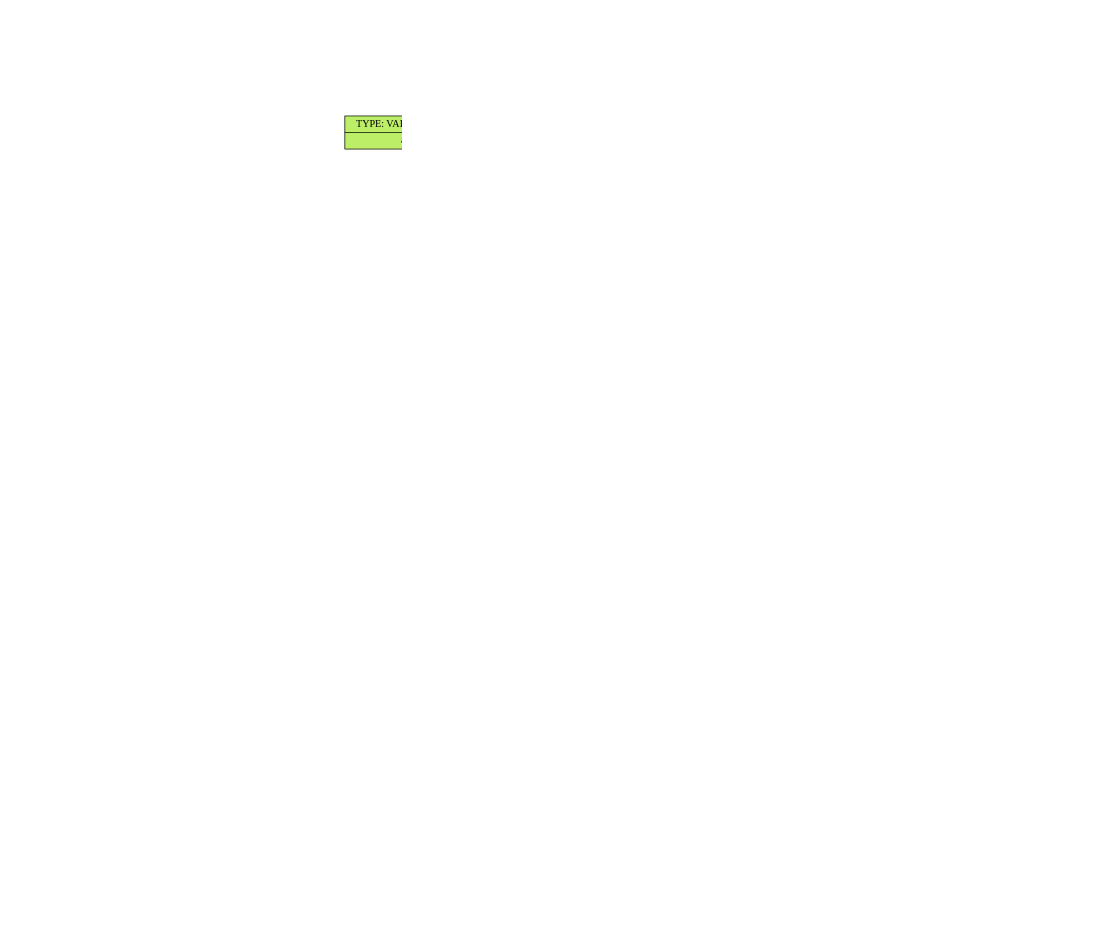
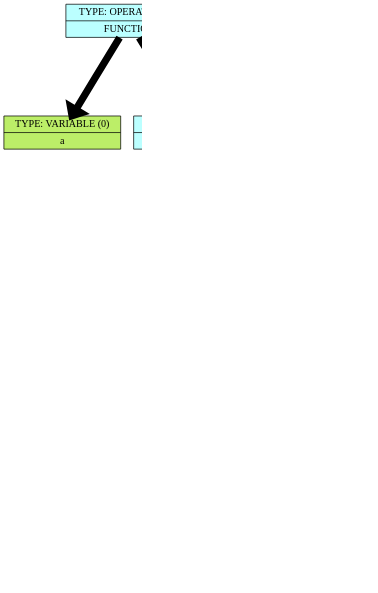
One commit to Troll0ton/Trollanguage changed the diagram in backend/dump/list_graph.dot. Above: the diagram before and after it, drawn with Graphviz. The commit also changed 83 other files, not shown here.

```diff
--- a/backend/dump/list_graph.dot
+++ b/backend/dump/list_graph.dot
@@ -1,89 +1,35 @@
 digraph structs {    
 rankdir = TB;        
 graph [dpi = 200];   
 ranksep = 1.5;       
 edge[penwidth = 10]; 
 cell0 [style = filled, color = black, shape=record, 
 fillcolor = paleturquoise1, label = " { <ptr> TYPE: OPERATION (0) | FUNCTION} " ];                         
 cell1 [style = filled, color = black, shape=record, 
 fillcolor = darkolivegreen2, label = " { <ptr> TYPE: VARIABLE (0) | a} " ];                         
 cell2 [style = filled, color = black, shape=record, 
 fillcolor = paleturquoise1, label = " { <ptr> TYPE: OPERATION (0) | BODY} " ];                         
 cell3 [style = filled, color = black, shape=record, 
 fillcolor = paleturquoise1, label = " { <ptr> TYPE: OPERATION (0) | STATEMENT} " ];                         
 cell4 [style = filled, color = black, shape=record, 
-fillcolor = paleturquoise1, label = " { <ptr> TYPE: OPERATION (0) | STATEMENT} " ];                         
+fillcolor = paleturquoise1, label = " { <ptr> TYPE: OPERATION (0) | scan} " ];                         
 cell5 [style = filled, color = black, shape=record, 
-fillcolor = paleturquoise1, label = " { <ptr> TYPE: OPERATION (0) | STATEMENT} " ];                         
+fillcolor = darkolivegreen2, label = " { <ptr> TYPE: VARIABLE (0) | a} " ];                         
 cell6 [style = filled, color = black, shape=record, 
-fillcolor = paleturquoise1, label = " { <ptr> TYPE: OPERATION (0) | scan} " ];                         
+fillcolor = paleturquoise1, label = " { <ptr> TYPE: OPERATION (0) | out} " ];                         
 cell7 [style = filled, color = black, shape=record, 
+fillcolor = paleturquoise1, label = " { <ptr> TYPE: OPERATION (0) | add} " ];                         
+cell8 [style = filled, color = black, shape=record, 
 fillcolor = darkolivegreen2, label = " { <ptr> TYPE: VARIABLE (0) | a} " ];                         
-cell8 [style = filled, color = black, shape=record, 
-fillcolor = paleturquoise1, label = " { <ptr> TYPE: OPERATION (0) | ASSIGNMENT} " ];                         
 cell9 [style = filled, color = black, shape=record, 
-fillcolor = darkolivegreen2, label = " { <ptr> TYPE: VARIABLE (0) | b} " ];                         
-cell10 [style = filled, color = black, shape=record, 
-fillcolor = coral2, label = " { <ptr> TYPE: NUMERIC (0) | 1} " ];                         
-cell11 [style = filled, color = black, shape=record, 
-fillcolor = paleturquoise1, label = " { <ptr> TYPE: OPERATION (0) | WHILE} " ];                         
-cell12 [style = filled, color = black, shape=record, 
-fillcolor = paleturquoise1, label = " { <ptr> TYPE: OPERATION (0) | OVER} " ];                         
-cell13 [style = filled, color = black, shape=record, 
-fillcolor = darkolivegreen2, label = " { <ptr> TYPE: VARIABLE (0) | a} " ];                         
-cell14 [style = filled, color = black, shape=record, 
-fillcolor = coral2, label = " { <ptr> TYPE: NUMERIC (0) | 0} " ];                         
-cell15 [style = filled, color = black, shape=record, 
-fillcolor = paleturquoise1, label = " { <ptr> TYPE: OPERATION (0) | STATEMENT} " ];                         
-cell16 [style = filled, color = black, shape=record, 
-fillcolor = paleturquoise1, label = " { <ptr> TYPE: OPERATION (0) | ASSIGNMENT} " ];                         
-cell17 [style = filled, color = black, shape=record, 
-fillcolor = darkolivegreen2, label = " { <ptr> TYPE: VARIABLE (0) | b} " ];                         
-cell18 [style = filled, color = black, shape=record, 
-fillcolor = paleturquoise1, label = " { <ptr> TYPE: OPERATION (0) | mul} " ];                         
-cell19 [style = filled, color = black, shape=record, 
-fillcolor = darkolivegreen2, label = " { <ptr> TYPE: VARIABLE (0) | b} " ];                         
-cell20 [style = filled, color = black, shape=record, 
-fillcolor = darkolivegreen2, label = " { <ptr> TYPE: VARIABLE (0) | a} " ];                         
-cell21 [style = filled, color = black, shape=record, 
-fillcolor = paleturquoise1, label = " { <ptr> TYPE: OPERATION (0) | ASSIGNMENT} " ];                         
-cell22 [style = filled, color = black, shape=record, 
-fillcolor = darkolivegreen2, label = " { <ptr> TYPE: VARIABLE (0) | a} " ];                         
-cell23 [style = filled, color = black, shape=record, 
-fillcolor = paleturquoise1, label = " { <ptr> TYPE: OPERATION (0) | sub} " ];                         
-cell24 [style = filled, color = black, shape=record, 
-fillcolor = darkolivegreen2, label = " { <ptr> TYPE: VARIABLE (0) | a} " ];                         
-cell25 [style = filled, color = black, shape=record, 
-fillcolor = coral2, label = " { <ptr> TYPE: NUMERIC (0) | 1} " ];                         
-cell26 [style = filled, color = black, shape=record, 
-fillcolor = paleturquoise1, label = " { <ptr> TYPE: OPERATION (0) | out} " ];                         
-cell27 [style = filled, color = black, shape=record, 
-fillcolor = darkolivegreen2, label = " { <ptr> TYPE: VARIABLE (0) | b} " ];                         
+fillcolor = coral2, label = " { <ptr> TYPE: NUMERIC (0) | 180} " ];                         
 cell0 -> cell1;
 cell0 -> cell2;
 cell2 -> cell3;
 cell3 -> cell4;
 cell4 -> cell5;
-cell5 -> cell6;
+cell3 -> cell6;
 cell6 -> cell7;
-cell5 -> cell8;
-cell8 -> cell9;
-cell8 -> cell10;
-cell4 -> cell11;
-cell11 -> cell12;
-cell12 -> cell13;
-cell12 -> cell14;
-cell11 -> cell15;
-cell15 -> cell16;
-cell16 -> cell17;
-cell16 -> cell18;
-cell18 -> cell19;
-cell18 -> cell20;
-cell15 -> cell21;
-cell21 -> cell22;
-cell21 -> cell23;
-cell23 -> cell24;
-cell23 -> cell25;
-cell3 -> cell26;
-cell26 -> cell27;
+cell7 -> cell8;
+cell7 -> cell9;
 }
```
